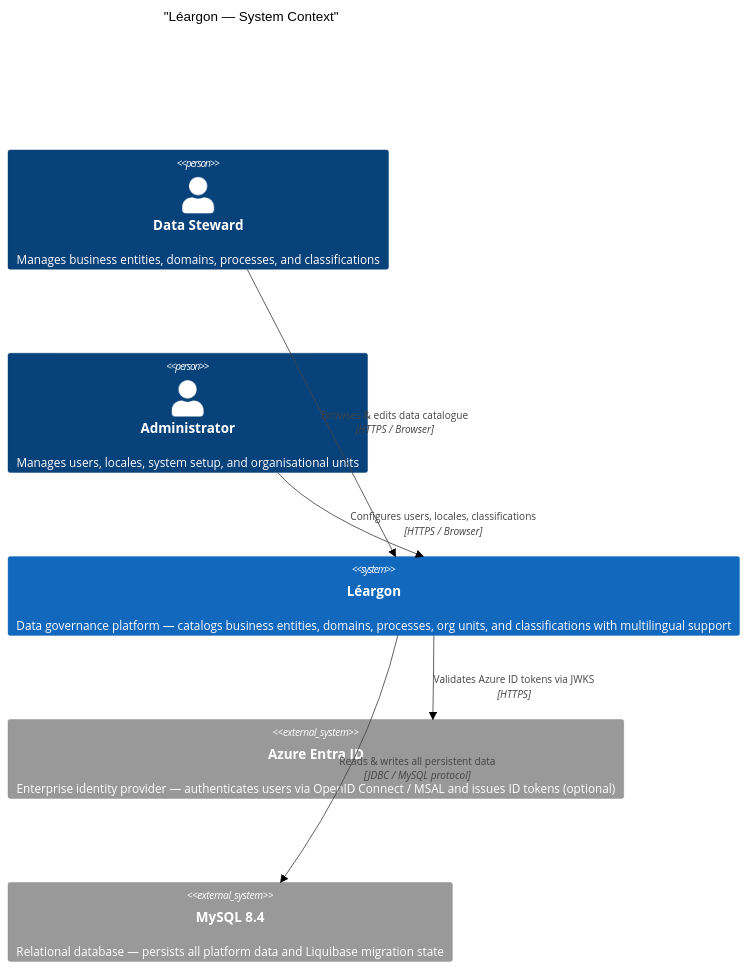
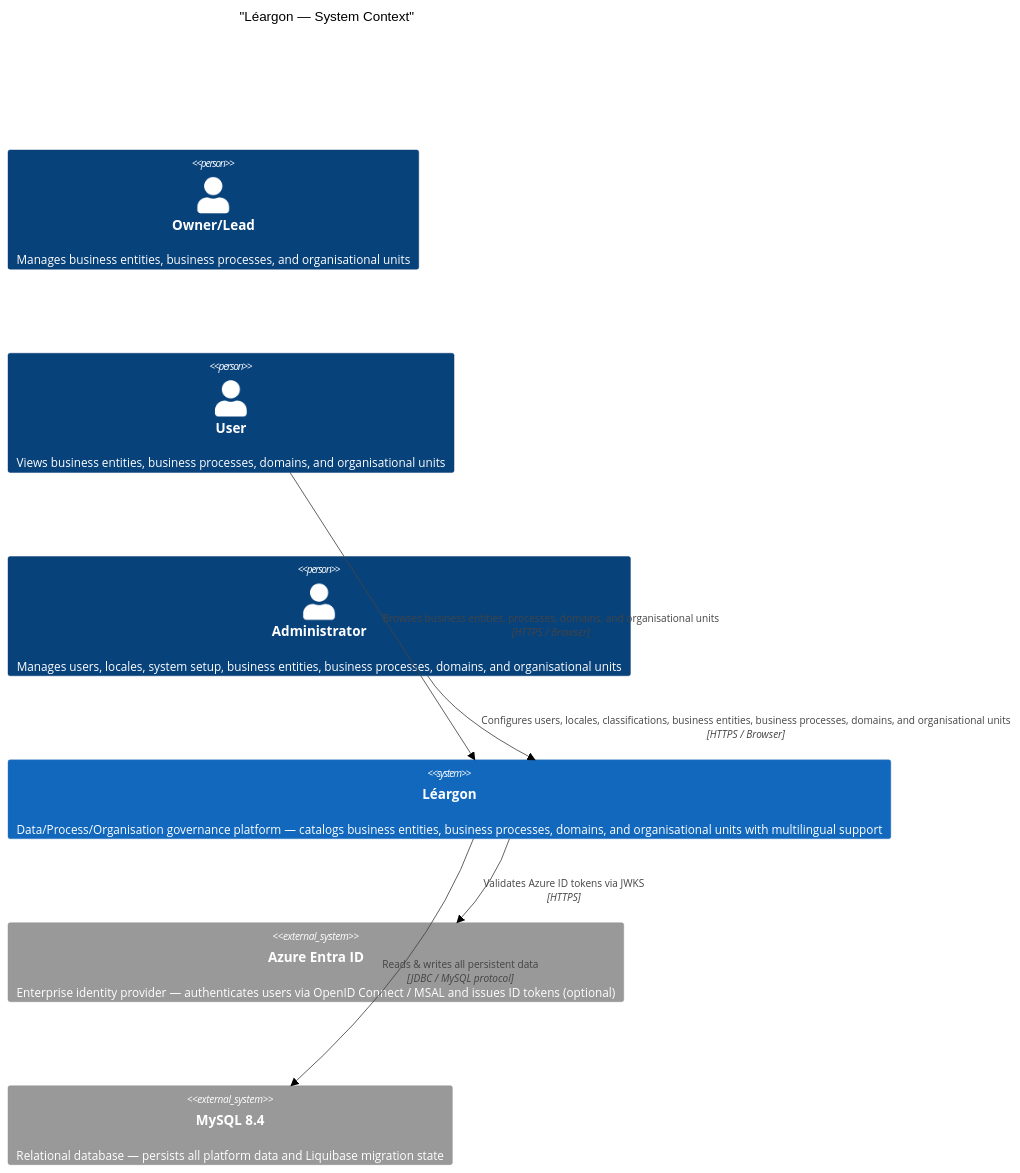
Before and after one commit to Leargon/Leargon: the first of 7 diagrams in ARCHITECTURE.md, drawn with Mermaid (forest theme). The commit also changed other lines of this file, not shown here.

````diff
--- a/ARCHITECTURE.md
+++ b/ARCHITECTURE.md
@@ -11,17 +11,19 @@
 ```mermaid
 C4Context
   title "Léargon — System Context"
 
-  Person(steward, "Data Steward", "Manages business entities, domains, processes, and classifications")
-  Person(admin, "Administrator", "Manages users, locales, system setup, and organisational units")
+  Person(owner, "Owner/Lead", "Manages business entities, business processes, and organisational units")
+  Person(user, "User", "Views business entities, business processes, domains, and organisational units")
+  Person(admin, "Administrator", "Manages users, locales, system setup, business entities, business processes, domains, and organisational units")
 
-  System(leargon, "Léargon", "Data governance platform — catalogs business entities, domains, processes, org units, and classifications with multilingual support")
+  System(leargon, "Léargon", "Data/Process/Organisation governance platform — catalogs business entities, business processes, domains, and organisational units with multilingual support")
 
   System_Ext(azure, "Azure Entra ID", "Enterprise identity provider — authenticates users via OpenID Connect / MSAL and issues ID tokens (optional)")
   System_Ext(db, "MySQL 8.4", "Relational database — persists all platform data and Liquibase migration state")
 
-  Rel(steward, leargon, "Browses & edits data catalogue", "HTTPS / Browser")
-  Rel(admin, leargon, "Configures users, locales, classifications", "HTTPS / Browser")
+  Rel(user, leargon, "Browses & edits business entities, processes, domains, and organisational units", "HTTPS / Browser")
+  Rel(user, leargon, "Browses business entities, processes, domains, and organisational units", "HTTPS / Browser")
+  Rel(admin, leargon, "Configures users, locales, classifications, business entities, business processes, domains, and organisational units", "HTTPS / Browser")
   Rel(leargon, azure, "Validates Azure ID tokens via JWKS", "HTTPS")
   Rel(leargon, db, "Reads & writes all persistent data", "JDBC / MySQL protocol")
 ```
````
